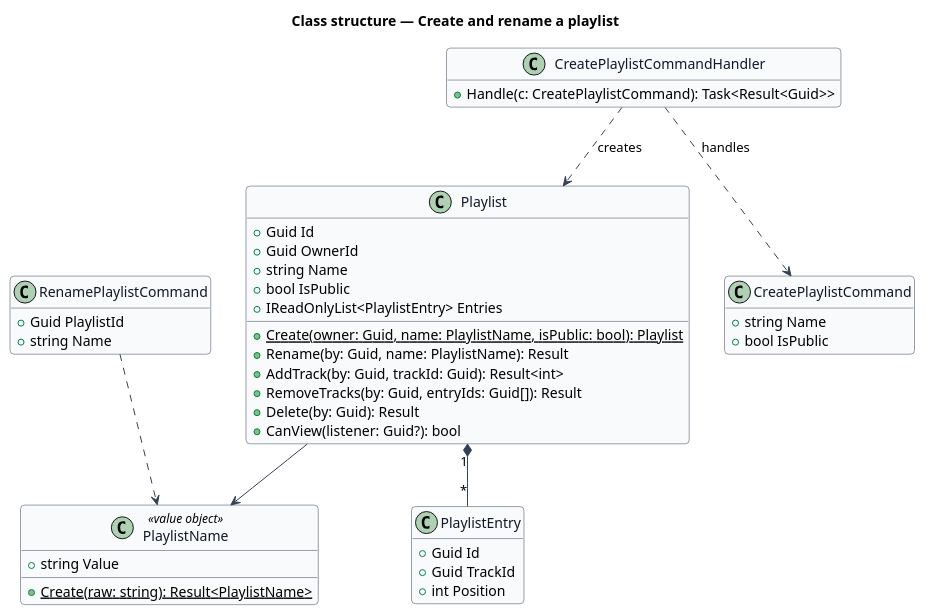
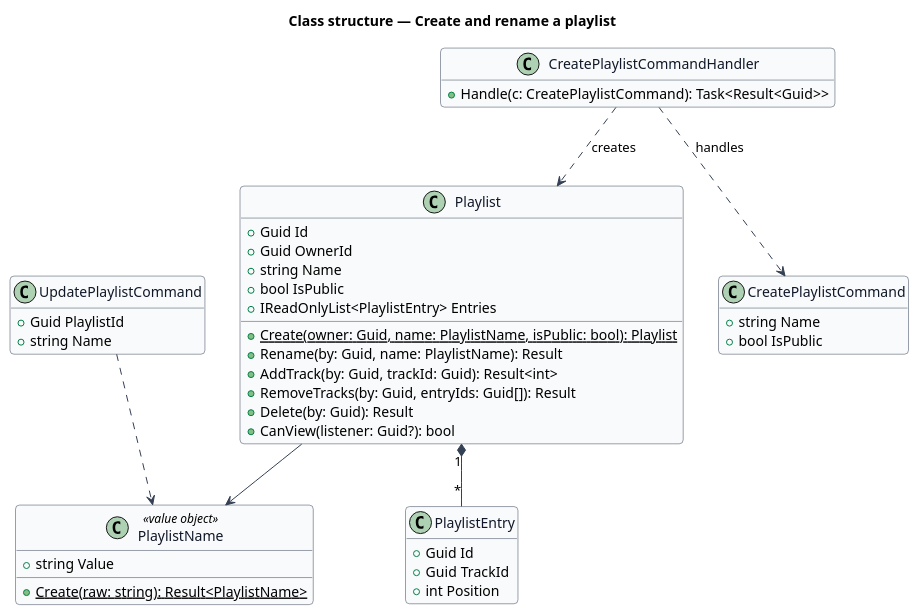
One commit to QuinntyneBrown/hummi changed the diagram in docs/detailed-designs/library/create-and-rename-playlist/diagrams/class-structure.puml. Above: the diagram before and after it, drawn with PlantUML. The commit also changed 93 other files, not shown here.

```diff
--- a/docs/detailed-designs/library/create-and-rename-playlist/diagrams/class-structure.puml
+++ b/docs/detailed-designs/library/create-and-rename-playlist/diagrams/class-structure.puml
@@ -1,54 +1,54 @@
 @startuml
 skinparam backgroundColor #FFFFFF
 skinparam shadowing false
 skinparam roundcorner 8
 skinparam defaultFontName Arial
 skinparam ArrowColor #344054
 skinparam class {
   BorderColor #344054
   FontColor #101828
   BackgroundColor #F9FAFB
 }
 hide empty members
 title Class structure — Create and rename a playlist
 
 class Playlist {
   +Guid Id
   +Guid OwnerId
   +string Name
   +bool IsPublic
   +IReadOnlyList<PlaylistEntry> Entries
   +{static} Create(owner: Guid, name: PlaylistName, isPublic: bool): Playlist
   +Rename(by: Guid, name: PlaylistName): Result
   +AddTrack(by: Guid, trackId: Guid): Result<int>
   +RemoveTracks(by: Guid, entryIds: Guid[]): Result
   +Delete(by: Guid): Result
   +CanView(listener: Guid?): bool
 }
 class PlaylistEntry {
   +Guid Id
   +Guid TrackId
   +int Position
 }
 class PlaylistName <<value object>> {
   +string Value
   +{static} Create(raw: string): Result<PlaylistName>
 }
 Playlist "1" *-- "*" PlaylistEntry
 Playlist --> PlaylistName
 
 class CreatePlaylistCommand {
   +string Name
   +bool IsPublic
 }
-class RenamePlaylistCommand {
+class UpdatePlaylistCommand {
   +Guid PlaylistId
   +string Name
 }
 class CreatePlaylistCommandHandler {
   +Handle(c: CreatePlaylistCommand): Task<Result<Guid>>
 }
 CreatePlaylistCommandHandler ..> CreatePlaylistCommand : handles
 CreatePlaylistCommandHandler ..> Playlist : creates
-RenamePlaylistCommand ..> PlaylistName
+UpdatePlaylistCommand ..> PlaylistName
 @enduml
```
